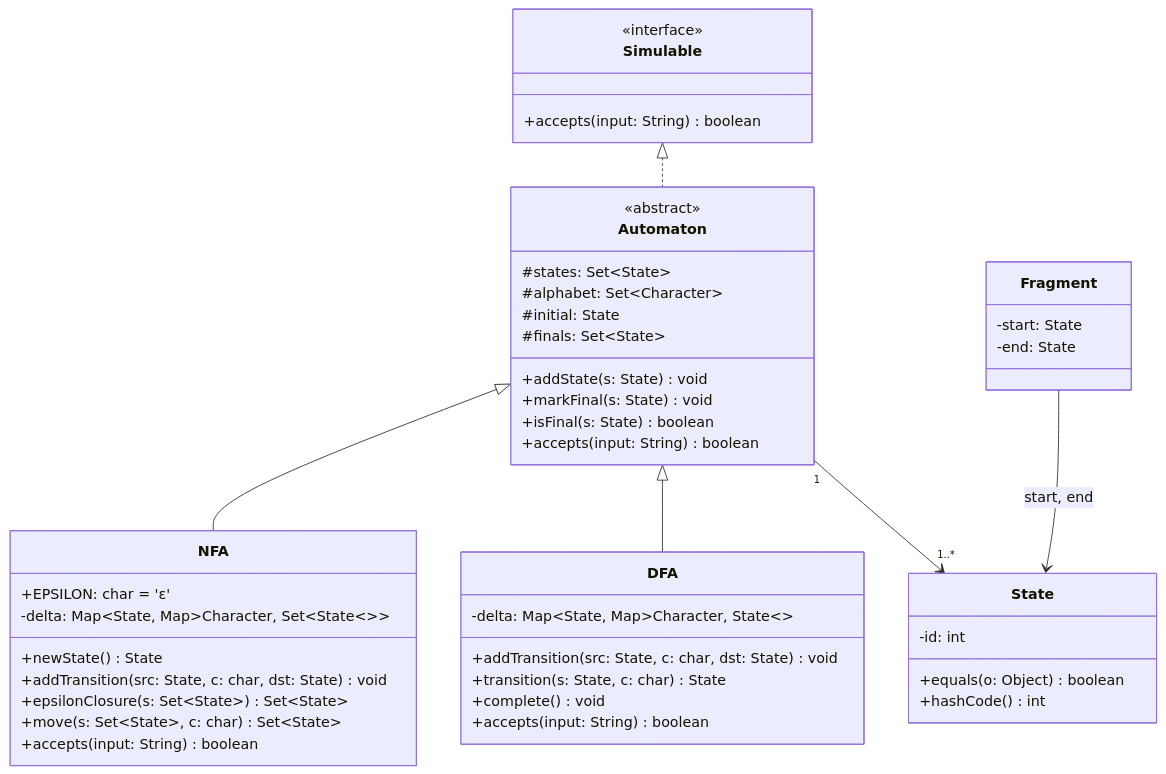
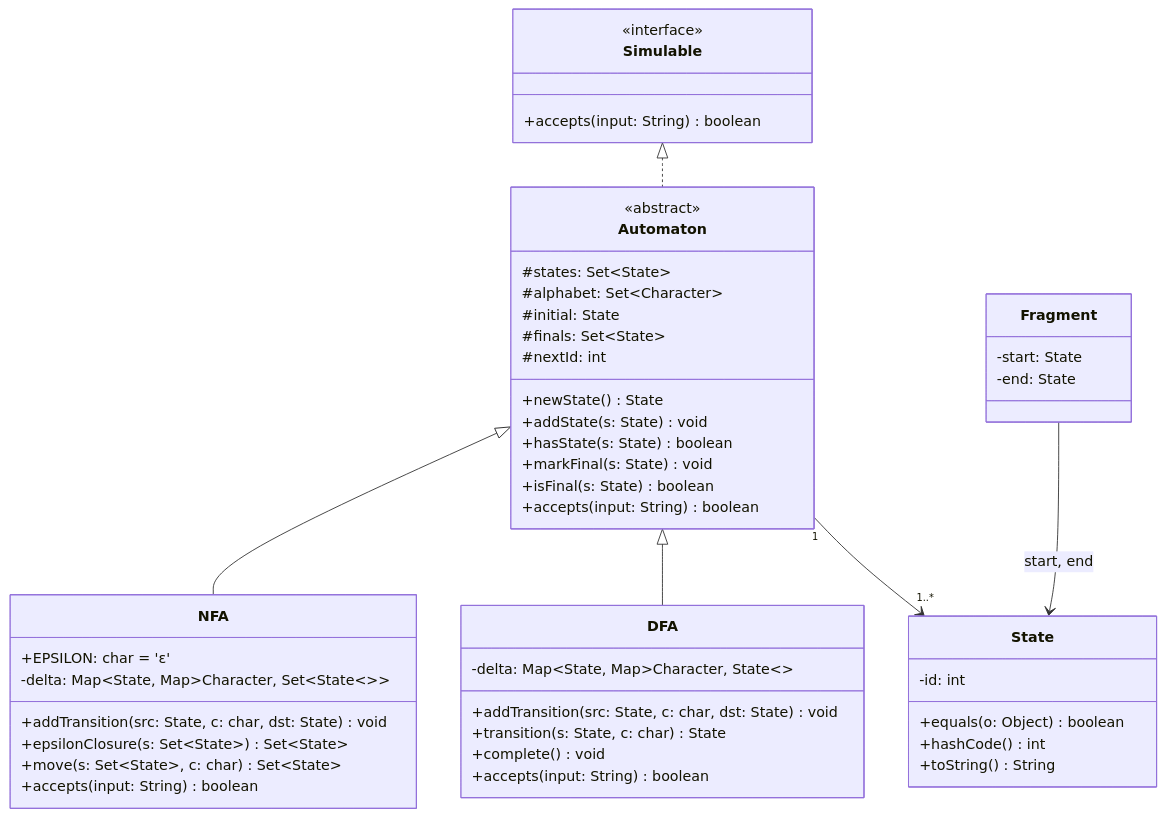
The seventh of 7 diagrams in docs/UML.md (Leosanlo30/RegEx-to-DFA-Visualizer), drawn with Mermaid before and after one commit. The commit also changed other lines of this file, not shown here.

Commit message:
docs: mover newState a Automaton en UML y agregar hasState, nextId y toString

````diff
--- a/docs/UML.md
+++ b/docs/UML.md
@@ -433,49 +436,52 @@
 ```mermaid
 classDiagram
     class Simulable {
         <<interface>>
         +accepts(input: String) boolean
     }
     class Automaton {
         <<abstract>>
         #states: Set~State~
         #alphabet: Set~Character~
         #initial: State
         #finals: Set~State~
+        #nextId: int
+        +newState() State
         +addState(s: State) void
+        +hasState(s: State) boolean
         +markFinal(s: State) void
         +isFinal(s: State) boolean
         +accepts(input: String) boolean
     }
     class NFA {
         +EPSILON: char = 'ε'
         -delta: Map~State, Map~Character, Set~State~~~
-        +newState() State
         +addTransition(src: State, c: char, dst: State) void
         +epsilonClosure(s: Set~State~) Set~State~
         +move(s: Set~State~, c: char) Set~State~
         +accepts(input: String) boolean
     }
     class DFA {
         -delta: Map~State, Map~Character, State~~
         +addTransition(src: State, c: char, dst: State) void
         +transition(s: State, c: char) State
         +complete() void
         +accepts(input: String) boolean
     }
     class State {
         -id: int
         +equals(o: Object) boolean
         +hashCode() int
+        +toString() String
     }
     class Fragment {
         -start: State
         -end: State
     }
 
     Simulable <|.. Automaton
     Automaton <|-- NFA
     Automaton <|-- DFA
     Automaton "1" --> "1..*" State
     Fragment --> State : start, end
 ```
````
